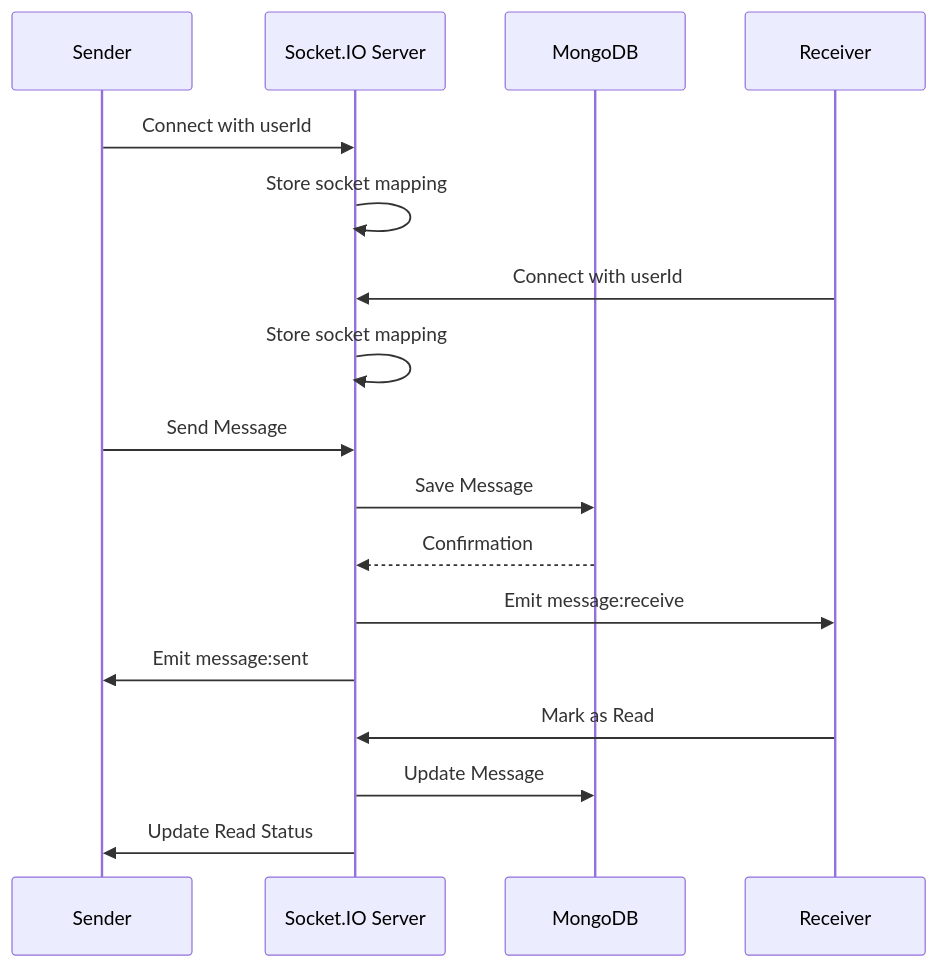
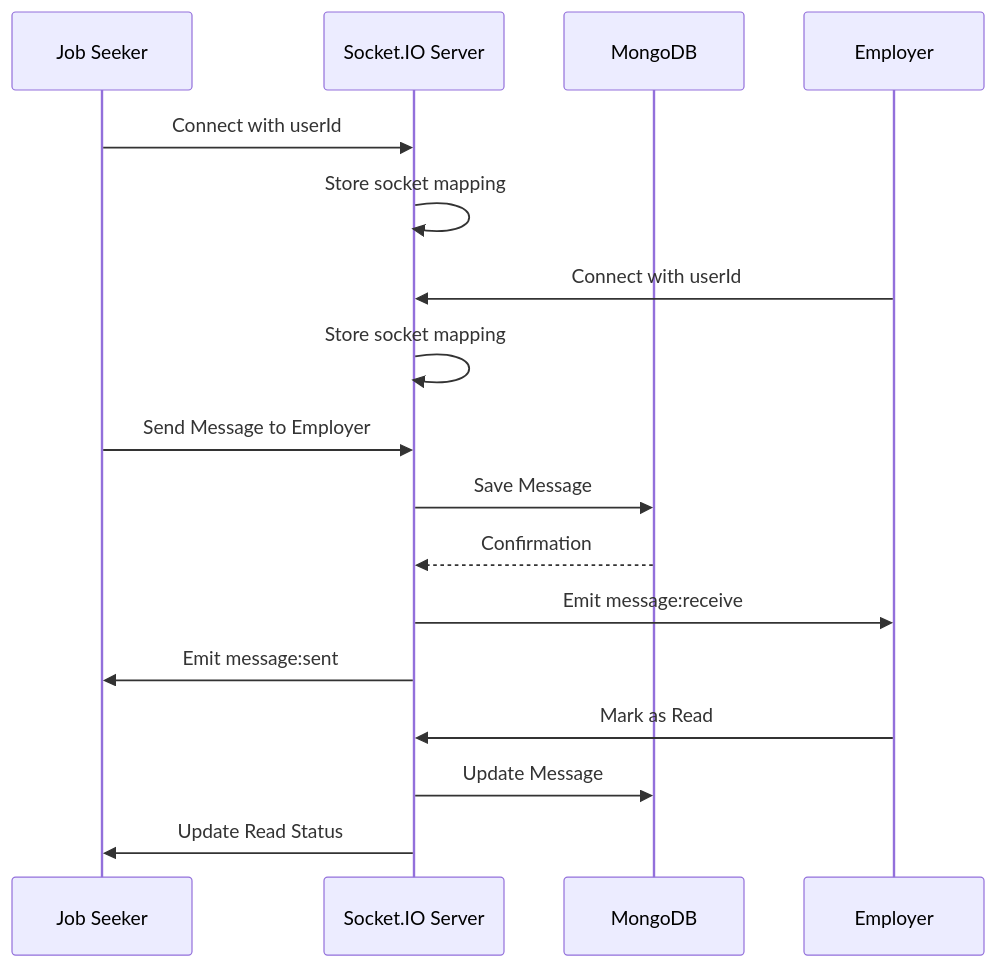
The fourth of 4 diagrams in README.md (prabhleen003/AI-Powered-Job-Portal), drawn with Mermaid before and after one commit. The commit also changed other lines of this file, not shown here.

````diff
--- a/README.md
+++ b/README.md
@@ -243,22 +238,22 @@
 ```mermaid
 sequenceDiagram
-    participant S as Sender
+    participant JS as Job Seeker
     participant WS as Socket.IO Server
     participant DB as MongoDB
-    participant R as Receiver
+    participant E as Employer
 
-    S->>WS: Connect with userId
+    JS->>WS: Connect with userId
     WS->>WS: Store socket mapping
-    R->>WS: Connect with userId
+    E->>WS: Connect with userId
     WS->>WS: Store socket mapping
     
-    S->>WS: Send Message
+    JS->>WS: Send Message to Employer
     WS->>DB: Save Message
     DB-->>WS: Confirmation
-    WS->>R: Emit message:receive
-    WS->>S: Emit message:sent
+    WS->>E: Emit message:receive
+    WS->>JS: Emit message:sent
     
-    R->>WS: Mark as Read
+    E->>WS: Mark as Read
     WS->>DB: Update Message
-    WS->>S: Update Read Status
+    WS->>JS: Update Read Status
 ```
````
